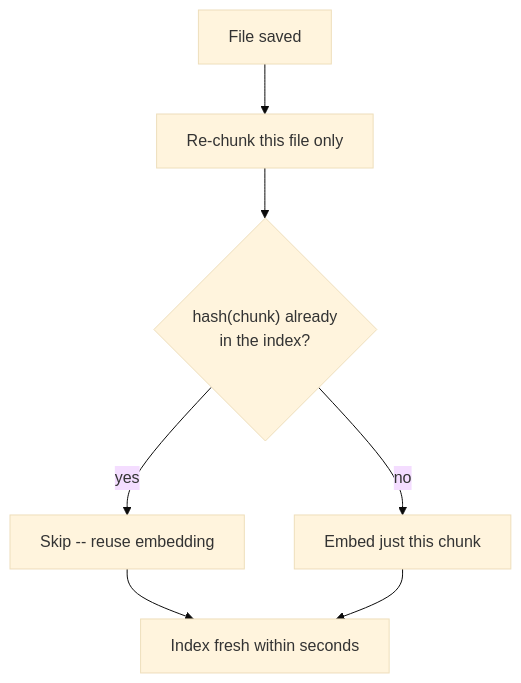
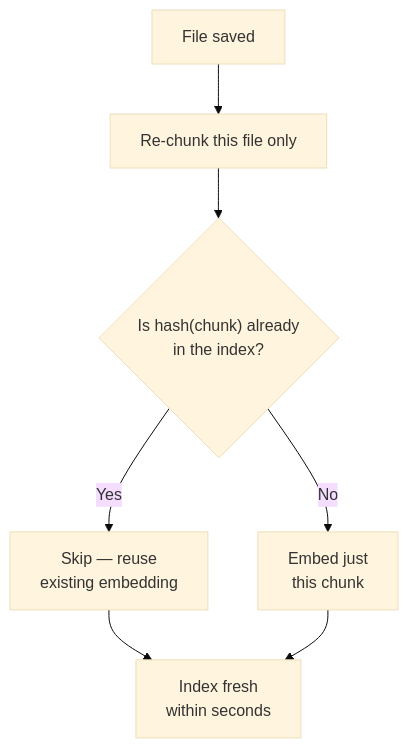
One commit to riyaz-pasha/Learnings changed the sixth of 13 diagrams in system-design/HLD/0-course/45-Design-an-AI-Code-Assistant-FAANG-Guide-story.md. Above: the diagram before and after it, drawn with Mermaid (base theme). The commit also changed other lines of this file and 1 other file, not shown here.

Commit message:
[REWRITE] AI Code Assistant story guide: simplify prose, add structure, fix diagrams

````diff
--- a/system-design/HLD/0-course/45-Design-an-AI-Code-Assistant-FAANG-Guide-story.md
+++ b/system-design/HLD/0-course/45-Design-an-AI-Code-Assistant-FAANG-Guide-story.md
@@ -252,9 +385,9 @@
 ```mermaid
 flowchart TD
     A["File saved"] --> B["Re-chunk this file only"]
-    B --> C{"hash(chunk) already\nin the index?"}
-    C -->|"yes"| D["Skip -- reuse embedding"]
-    C -->|"no"| E["Embed just this chunk"]
-    D --> F["Index fresh within seconds"]
+    B --> C{"Is hash(chunk) already<br/>in the index?"}
+    C -->|"Yes"| D["Skip — reuse<br/>existing embedding"]
+    C -->|"No"| E["Embed just<br/>this chunk"]
+    D --> F["Index fresh<br/>within seconds"]
     E --> F
 ```
````
